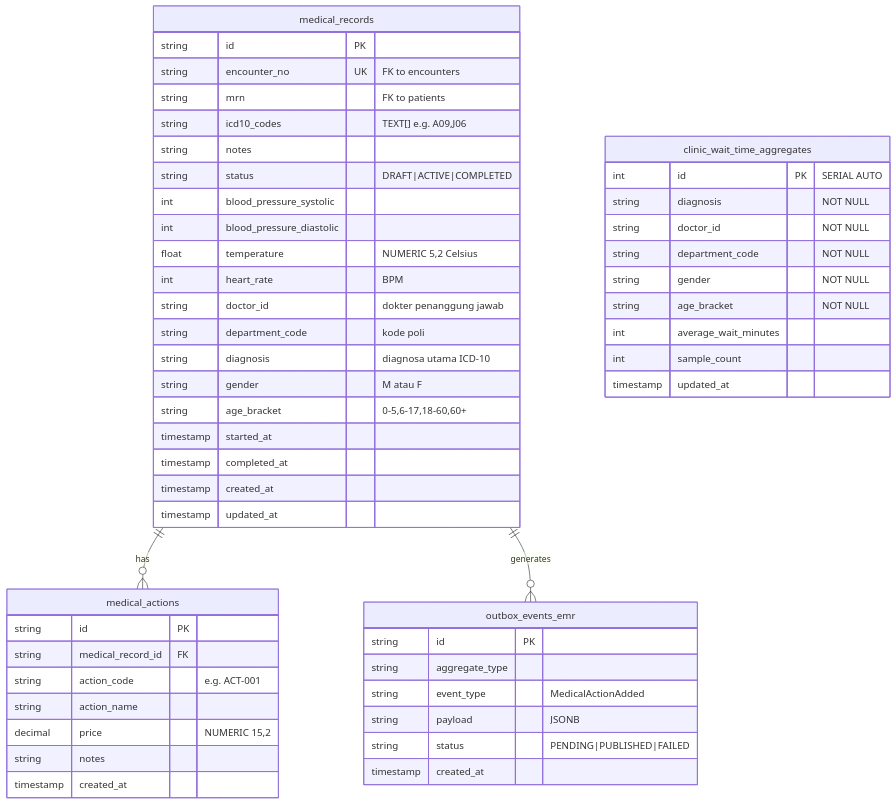
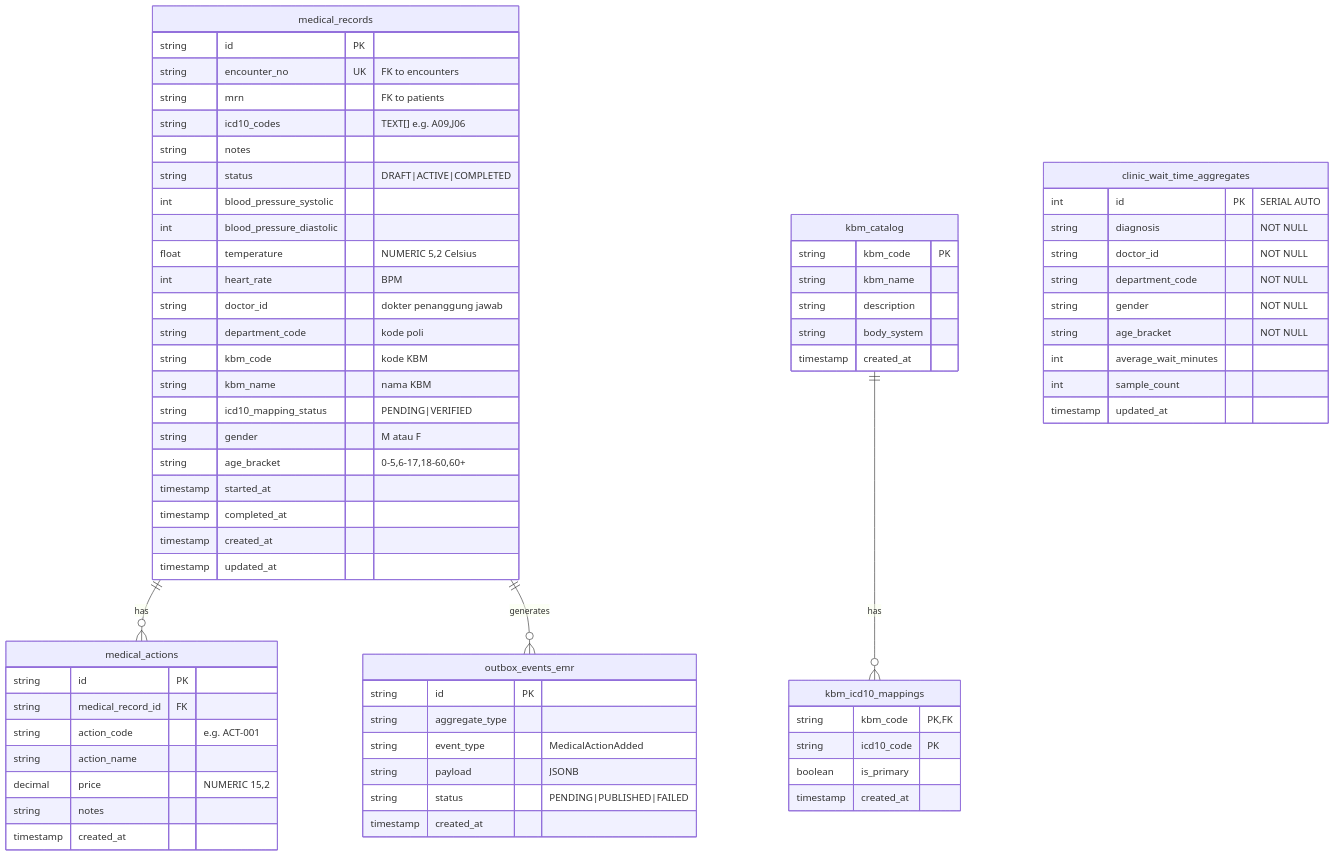
Before and after one commit to odealidj/go-micro-simrs-one: the tenth of 18 diagrams in docs/be/technical/technical_documentation.md, drawn with Mermaid. The commit also changed other lines of this file and 25 other files, not shown here.

First line of the commit message:
feat: implement many-to-many relationship for KBM and ICD-10 mapping

````diff
--- a/docs/be/technical/technical_documentation.md
+++ b/docs/be/technical/technical_documentation.md
@@ -424,58 +424,76 @@
 ```mermaid
 erDiagram
     medical_records {
         string id PK
         string encounter_no UK "FK to encounters"
         string mrn "FK to patients"
         string icd10_codes "TEXT[] e.g. A09,J06"
         string notes
         string status "DRAFT|ACTIVE|COMPLETED"
         int blood_pressure_systolic
         int blood_pressure_diastolic
         float temperature "NUMERIC 5,2 Celsius"
         int heart_rate "BPM"
         string doctor_id "dokter penanggung jawab"
         string department_code "kode poli"
-        string diagnosis "diagnosa utama ICD-10"
+        string kbm_code "kode KBM"
+        string kbm_name "nama KBM"
+        string icd10_mapping_status "PENDING|VERIFIED"
         string gender "M atau F"
         string age_bracket "0-5,6-17,18-60,60+"
         timestamp started_at
         timestamp completed_at
         timestamp created_at
         timestamp updated_at
+    }
+
+    kbm_catalog {
+        string kbm_code PK
+        string kbm_name
+        string description
+        string body_system
+        timestamp created_at
+    }
+
+    kbm_icd10_mappings {
+        string kbm_code PK, FK
+        string icd10_code PK
+        boolean is_primary
+        timestamp created_at
     }
 
     medical_actions {
         string id PK
         string medical_record_id FK
         string action_code "e.g. ACT-001"
         string action_name
         decimal price "NUMERIC 15,2"
         string notes
         timestamp created_at
     }
 
     clinic_wait_time_aggregates {
         int id PK "SERIAL AUTO"
         string diagnosis "NOT NULL"
         string doctor_id "NOT NULL"
         string department_code "NOT NULL"
         string gender "NOT NULL"
         string age_bracket "NOT NULL"
         int average_wait_minutes
         int sample_count
         timestamp updated_at
     }
 
     outbox_events_emr {
         string id PK
         string aggregate_type
         string event_type "MedicalActionAdded"
         string payload "JSONB"
         string status "PENDING|PUBLISHED|FAILED"
         timestamp created_at
     }
 
     medical_records ||--o{ medical_actions : "has"
     medical_records ||--o{ outbox_events_emr : "generates"
+    kbm_catalog ||--o{ kbm_icd10_mappings : "has"
 ```
````
